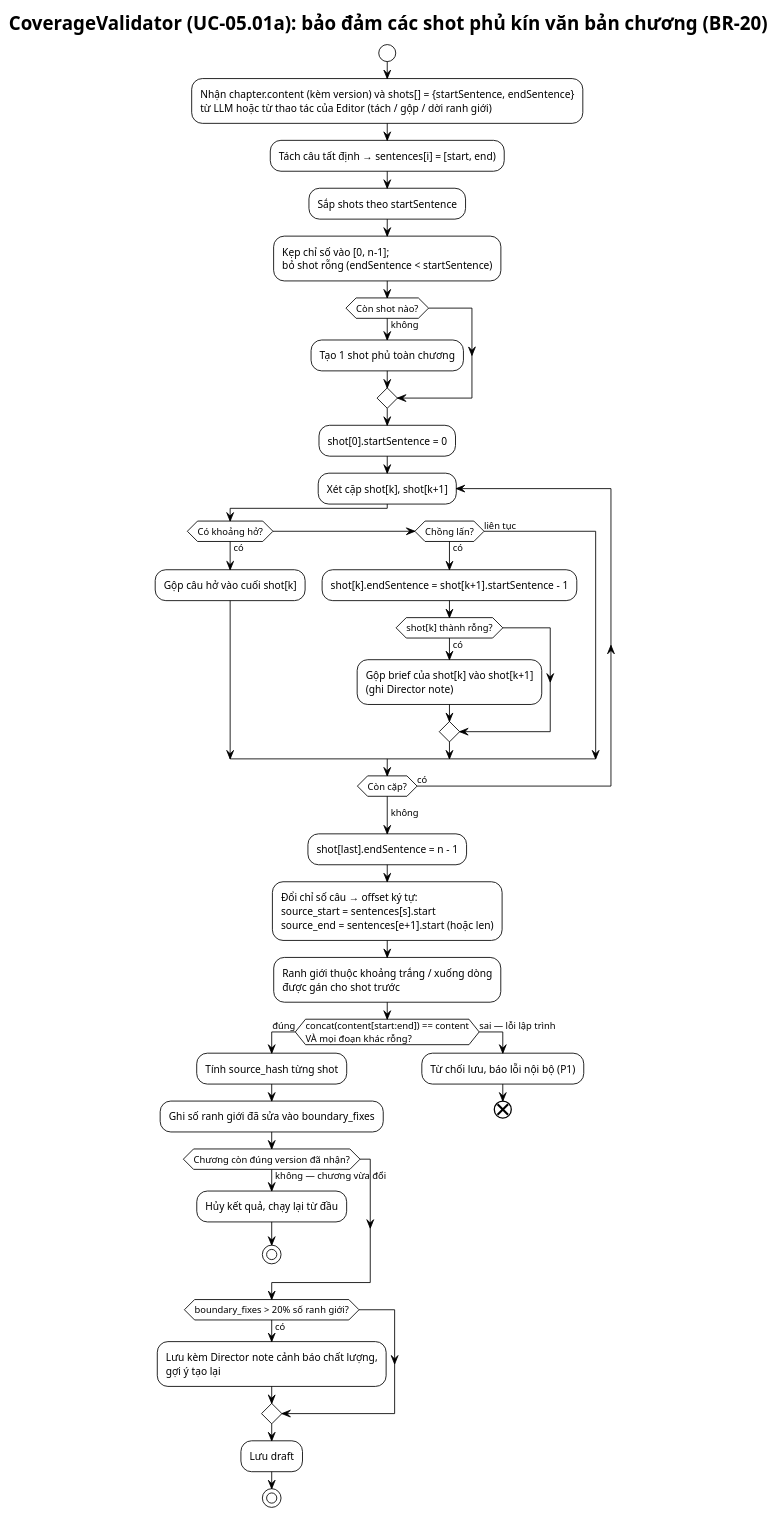
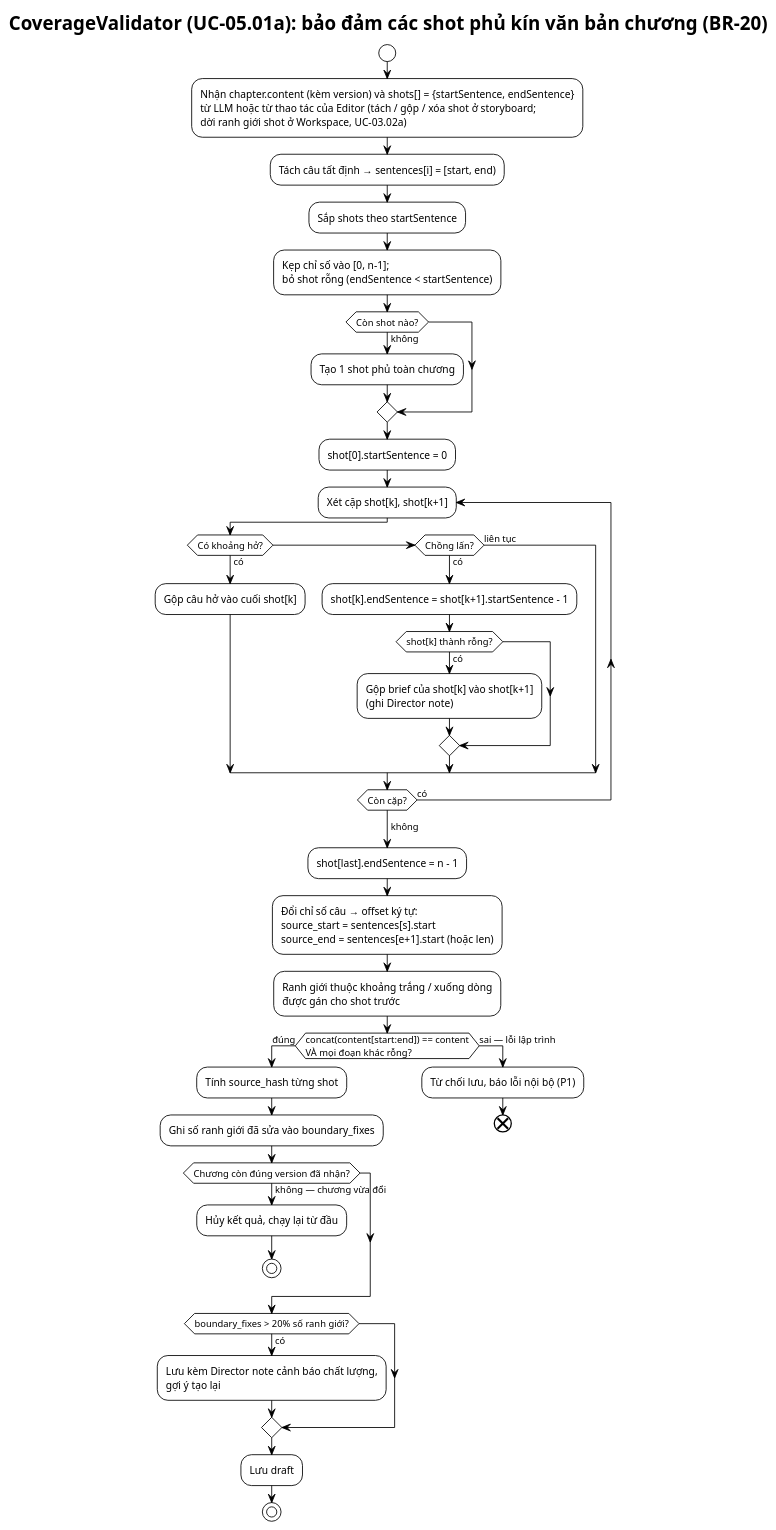
Before and after one commit to 202416852-anhpv/story2video-docs: the diagram in demo-c2story/so-do/05-hoat-dong/act-phu-kin-van-ban.puml, drawn with PlantUML. The commit also changed 100 other files, not shown here.

```diff
--- a/demo-c2story/so-do/05-hoat-dong/act-phu-kin-van-ban.puml
+++ b/demo-c2story/so-do/05-hoat-dong/act-phu-kin-van-ban.puml
@@ -1,46 +1,46 @@
 @startuml Act_PhuKinVanBan
 !theme plain
 skinparam defaultFontName "Segoe UI"
 title CoverageValidator (UC-05.01a): bảo đảm các shot phủ kín văn bản chương (BR-20)
 
 start
-:Nhận chapter.content (kèm version) và shots[] = {startSentence, endSentence}\ntừ LLM hoặc từ thao tác của Editor (tách / gộp / dời ranh giới);
+:Nhận chapter.content (kèm version) và shots[] = {startSentence, endSentence}\ntừ LLM hoặc từ thao tác của Editor (tách / gộp / xóa shot ở storyboard;\ndời ranh giới shot ở Workspace, UC-03.02a);
 :Tách câu tất định → sentences[i] = [start, end);
 :Sắp shots theo startSentence;
 :Kẹp chỉ số vào [0, n-1];\nbỏ shot rỗng (endSentence < startSentence);
 if (Còn shot nào?) then (không)
   :Tạo 1 shot phủ toàn chương;
 endif
 :shot[0].startSentence = 0;
 repeat :Xét cặp shot[k], shot[k+1];
   if (Có khoảng hở?) then (có)
     :Gộp câu hở vào cuối shot[k];
   elseif (Chồng lấn?) then (có)
     :shot[k].endSentence = shot[k+1].startSentence - 1;
     if (shot[k] thành rỗng?) then (có)
       :Gộp brief của shot[k] vào shot[k+1]\n(ghi Director note);
     endif
   else (liên tục)
   endif
 repeat while (Còn cặp?) is (có)
 ->không;
 :shot[last].endSentence = n - 1;
 :Đổi chỉ số câu → offset ký tự:\nsource_start = sentences[s].start\nsource_end = sentences[e+1].start (hoặc len);
 :Ranh giới thuộc khoảng trắng / xuống dòng\nđược gán cho shot trước;
 if (concat(content[start:end]) == content\nVÀ mọi đoạn khác rỗng?) then (đúng)
   :Tính source_hash từng shot;
   :Ghi số ranh giới đã sửa vào boundary_fixes;
   if (Chương còn đúng version đã nhận?) then (không — chương vừa đổi)
     :Hủy kết quả, chạy lại từ đầu;
     stop
   endif
   if (boundary_fixes > 20% số ranh giới?) then (có)
     :Lưu kèm Director note cảnh báo chất lượng,\ngợi ý tạo lại;
   endif
   :Lưu draft;
   stop
 else (sai — lỗi lập trình)
   :Từ chối lưu, báo lỗi nội bộ (P1);
   end
 endif
 @enduml
```
